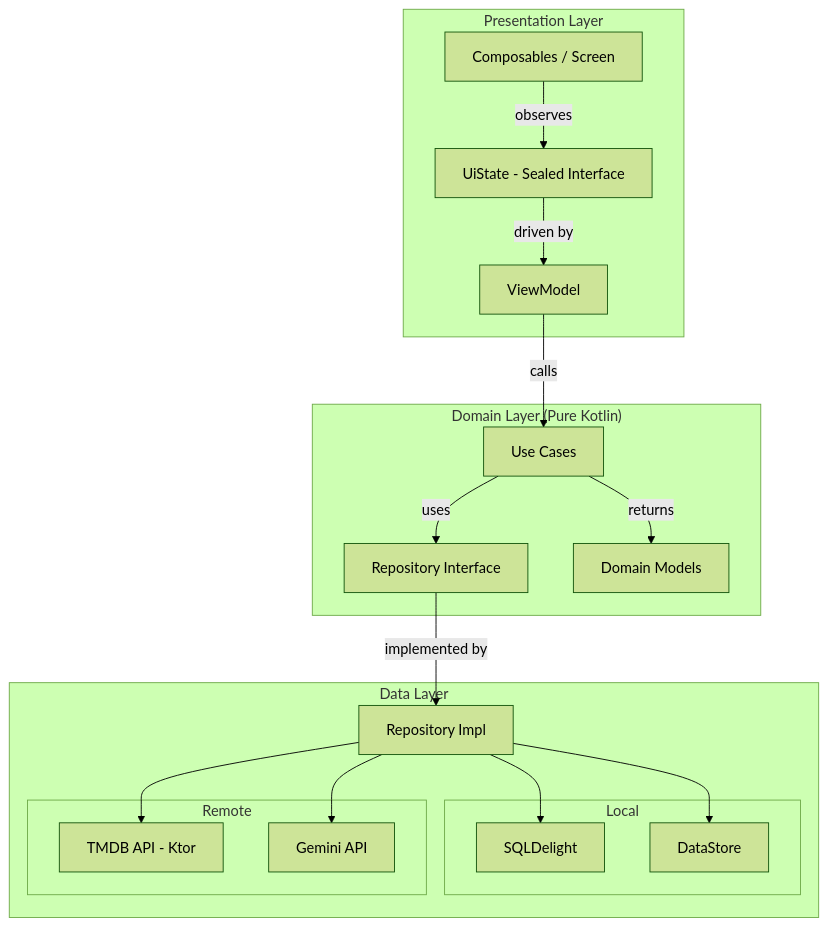
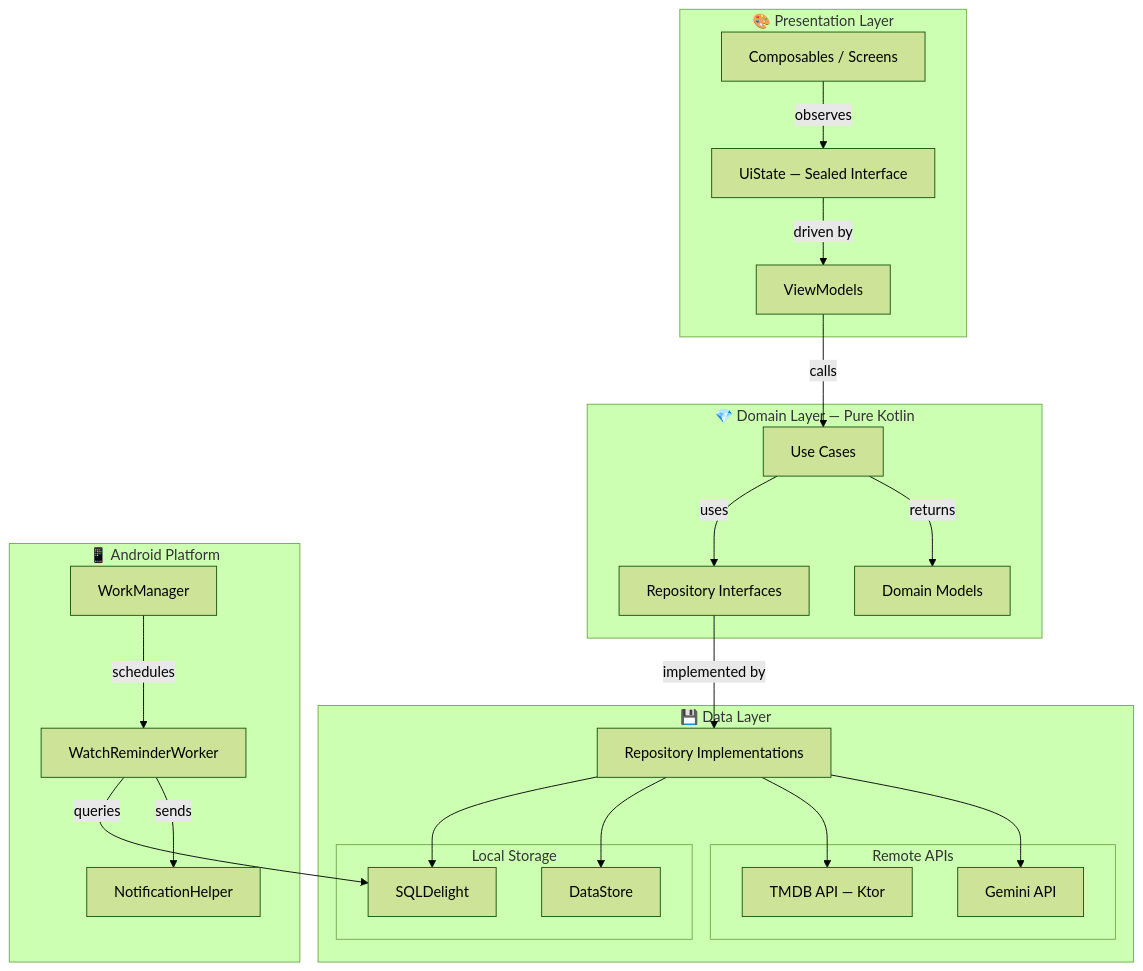
The diagram in README.md (choirunnisasy/Proyek-Pengembangan-Aplikasi-Mobile), drawn with Mermaid (forest theme) before and after one commit. The commit also changed other lines of this file, not shown here.

Commit message:
docs: update README with team roles, architectural breakdown, and tech stack for final presentation

````diff
--- a/README.md
+++ b/README.md
@@ -49,37 +97,46 @@
 ```mermaid
 graph TD
-    subgraph Presentation["Presentation Layer"]
-        UI[Composables / Screen]
-        VM[ViewModel]
-        US[UiState - Sealed Interface]
+    subgraph Presentation["🎨 Presentation Layer"]
+        UI["Composables / Screens"]
+        VM["ViewModels"]
+        US["UiState — Sealed Interface"]
     end
 
-    subgraph Domain["Domain Layer (Pure Kotlin)"]
-        UC[Use Cases]
-        RI[Repository Interface]
-        DM[Domain Models]
+    subgraph Domain["💎 Domain Layer — Pure Kotlin"]
+        UC["Use Cases"]
+        RI["Repository Interfaces"]
+        DM["Domain Models"]
     end
 
-    subgraph Data["Data Layer"]
-        RI2[Repository Impl]
-        subgraph Local["Local"]
-            SQL[SQLDelight]
-            DS[DataStore]
+    subgraph Data["💾 Data Layer"]
+        RI2["Repository Implementations"]
+        subgraph Local["Local Storage"]
+            SQL["SQLDelight"]
+            DS["DataStore"]
         end
-        subgraph Remote["Remote"]
-            TMDB[TMDB API - Ktor]
-            GEMINI[Gemini API]
+        subgraph Remote["Remote APIs"]
+            TMDB["TMDB API — Ktor"]
+            GEMINI["Gemini API"]
         end
+    end
+
+    subgraph Android["📱 Android Platform"]
+        NOTIF["NotificationHelper"]
+        WORKER["WatchReminderWorker"]
+        WM["WorkManager"]
     end
 
     UI -->|observes| US
     US -->|driven by| VM
     VM -->|calls| UC
     UC -->|uses| RI
     UC -->|returns| DM
     RI -->|implemented by| RI2
     RI2 --> SQL
     RI2 --> DS
     RI2 --> TMDB
     RI2 --> GEMINI
+    WM -->|schedules| WORKER
+    WORKER -->|queries| SQL
+    WORKER -->|sends| NOTIF
 ```
````
